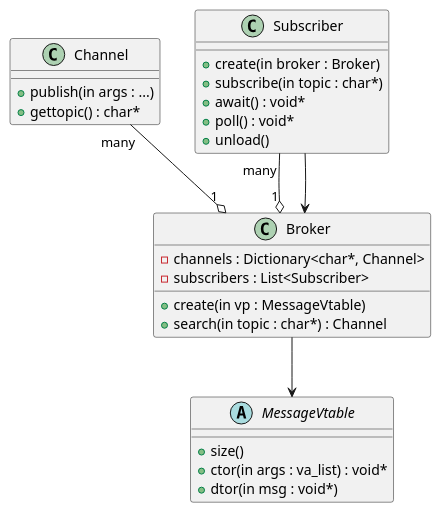
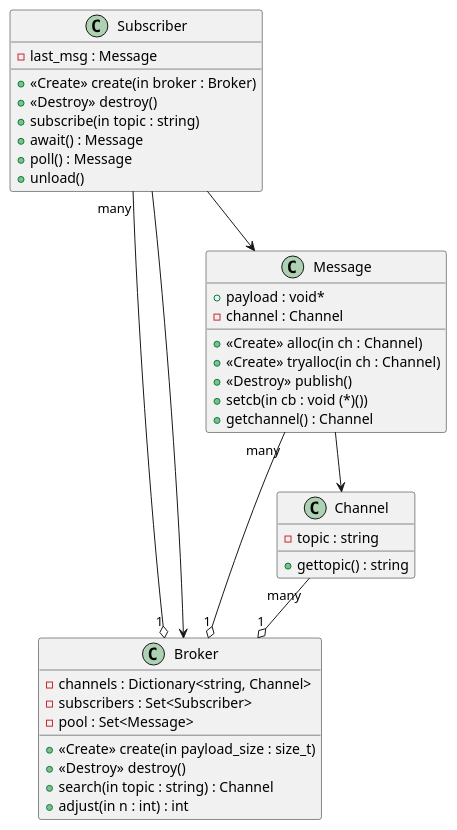
Before and after one commit to SzymonTurno/sturk: the diagram in src/broker/docs/hierarchy.puml, drawn with PlantUML. The commit also changed 17 other files, not shown here.

```diff
--- a/src/broker/docs/hierarchy.puml
+++ b/src/broker/docs/hierarchy.puml
@@ -1,34 +1,45 @@
 @startuml "Broker data types"
 
-abstract class "MessageVtable" as MessageVtable {
-    +size()
-    +ctor(in args : va_list) : void*
-    +dtor(in msg : void*)
-}
-
 class Broker {
-    -channels : Dictionary<char*, Channel>
-    -subscribers : List<Subscriber>
-    +create(in vp : MessageVtable)
-    +search(in topic : char*) : Channel
+    -channels : Dictionary<string, Channel>
+    -subscribers : Set<Subscriber>
+    -pool : Set<Message>
+    +<<Create>> create(in payload_size : size_t)
+    +<<Destroy>> destroy()
+    +search(in topic : string) : Channel
+    +adjust(in n : int) : int
 }
 
 class Channel {
-    +publish(in args : ...)
-    +gettopic() : char*
+    -topic : string
+    +gettopic() : string
+}
+
+class Message {
+    +payload : void*
+    -channel : Channel
+    +<<Create>> alloc(in ch : Channel)
+    +<<Create>> tryalloc(in ch : Channel)
+    +<<Destroy>> publish()
+    +setcb(in cb : void (*)())
+    +getchannel() : Channel
 }
 
 class Subscriber {
-    +create(in broker : Broker)
-    +subscribe(in topic : char*)
-    +await() : void*
-    +poll() : void*
+    -last_msg : Message
+    +<<Create>> create(in broker : Broker)
+    +<<Destroy>> destroy()
+    +subscribe(in topic : string)
+    +await() : Message
+    +poll() : Message
     +unload()
 }
 
+Subscriber --> Message
+Message --> Channel
+Message "many" --o "1" Broker
 Channel "many" --o "1" Broker
-Broker --> MessageVtable
 Subscriber "many" --o "1" Broker
 Subscriber --> Broker
 
 @enduml
```
